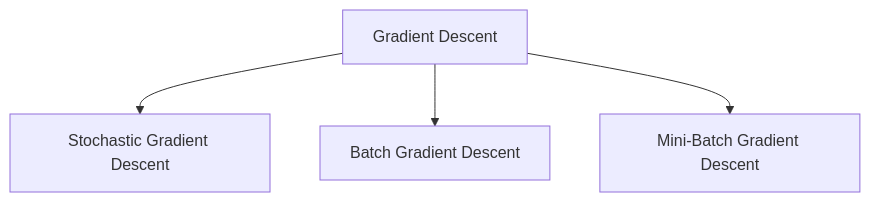
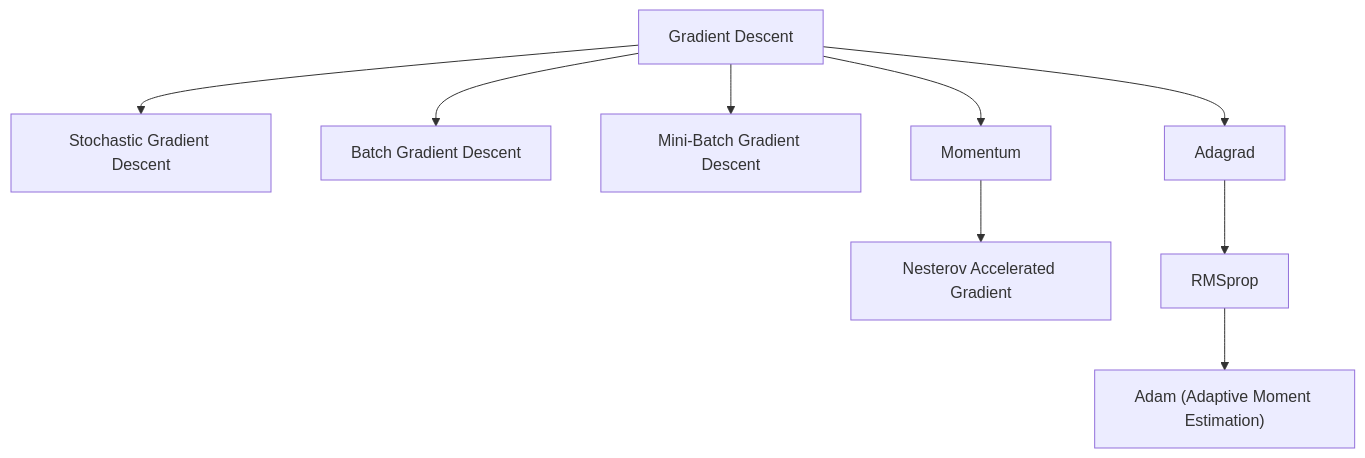
The second of 17 diagrams in ml-course/unit-2.md (SureshAmal/learnmaker), drawn with Mermaid before and after one commit. The commit also changed other lines of this file and 668 other files, not shown here.

````diff
--- a/ml-course/unit-2.md
+++ b/ml-course/unit-2.md
@@ -26,6 +234,11 @@
 ```mermaid
 flowchart TD
     A["Gradient Descent"] --> B["Stochastic Gradient Descent"]
     A --> C["Batch Gradient Descent"]
     A --> D["Mini-Batch Gradient Descent"]
+    A --> E["Momentum"]
+    E --> F["Nesterov Accelerated Gradient"]
+    A --> G["Adagrad"]
+    G --> H["RMSprop"]
+    H --> I["Adam (Adaptive Moment Estimation)"]
 ```
````
